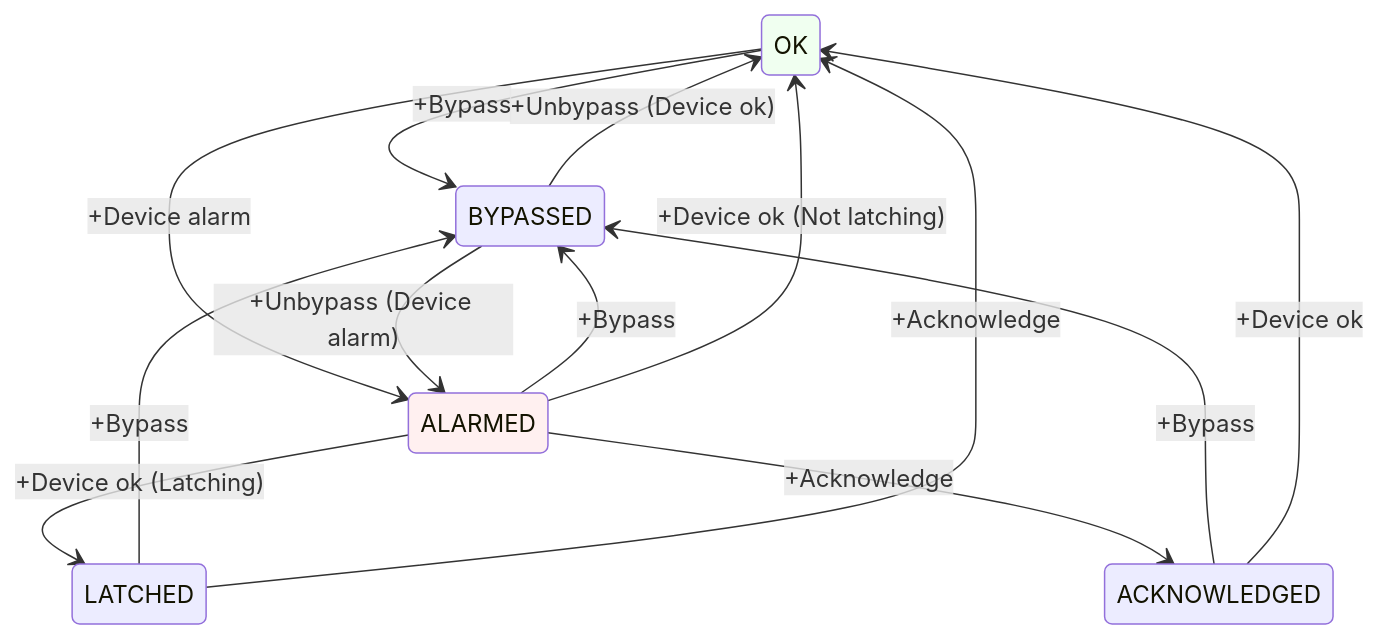
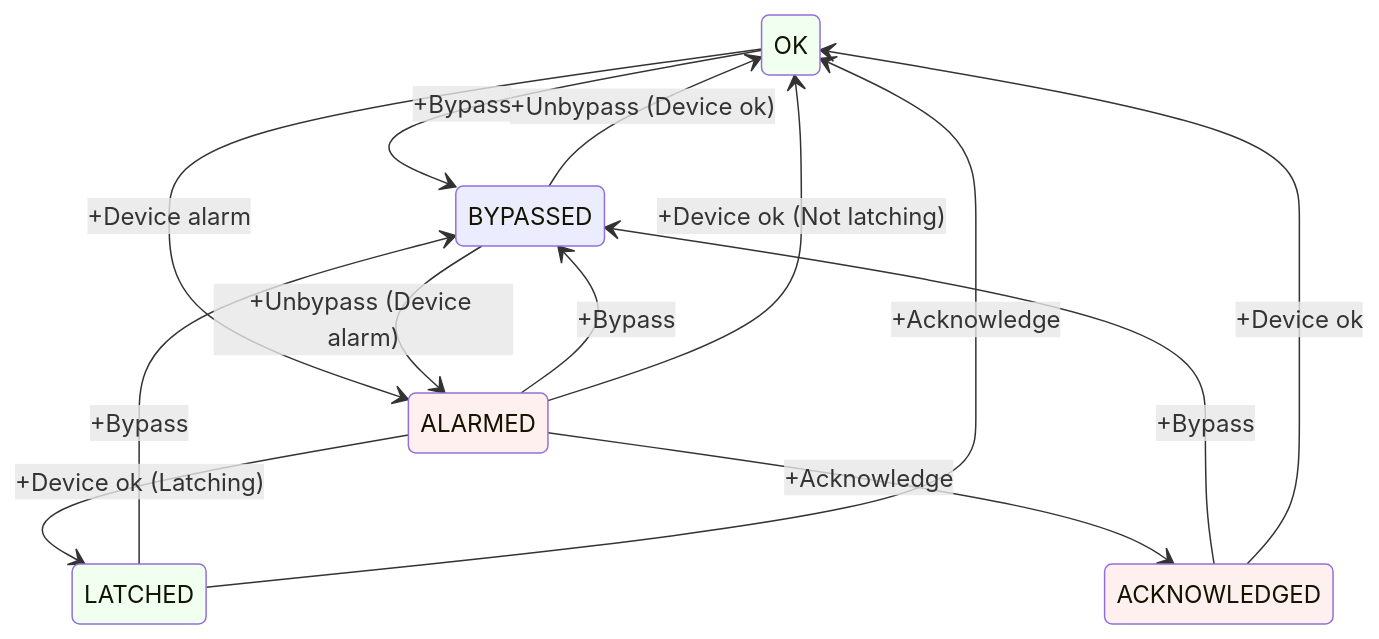
One commit to fermi-ad/acorn-alarms-service changed the diagram in README.md. Above: the diagram before and after it, drawn with Mermaid.

Commit message:
mermaid colors

````diff
--- a/README.md
+++ b/README.md
@@ -50,17 +50,19 @@
 ```mermaid
 stateDiagram-v2
   OK --> BYPASSED: +Bypass
   OK --> ALARMED: +Device alarm
   BYPASSED --> OK: +Unbypass (Device ok)
   BYPASSED --> ALARMED: +Unbypass (Device alarm)
   ALARMED --> BYPASSED: +Bypass
   ALARMED --> OK: +Device ok (Not latching)
   ALARMED --> LATCHED: +Device ok (Latching)
   ALARMED --> ACKNOWLEDGED: +Acknowledge
   ACKNOWLEDGED --> BYPASSED: +Bypass
   ACKNOWLEDGED --> OK: +Device ok
   LATCHED --> BYPASSED: +Bypass
   LATCHED --> OK: +Acknowledge
   style OK fill:#F0FFF0
+  style LATCHED fill:#F0FFF0
   style ALARMED fill:#FFF0F0
+  style ACKNOWLEDGED fill:#FFF0F0
 ```
````
